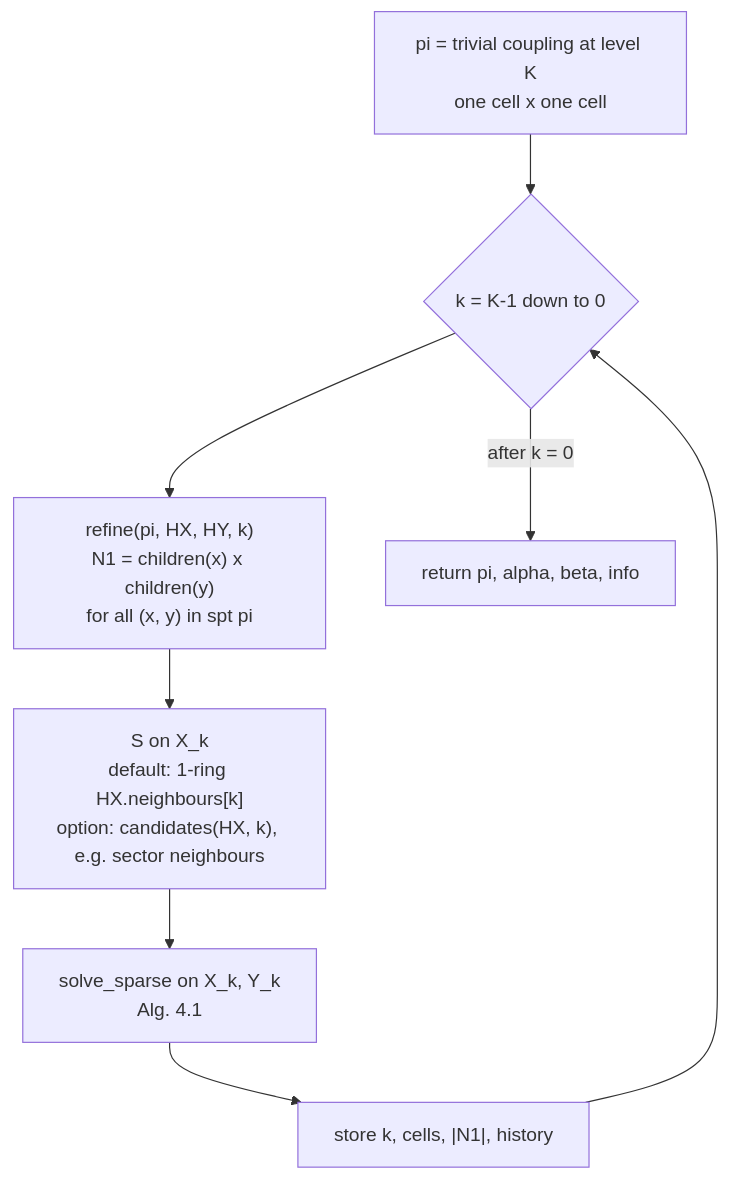
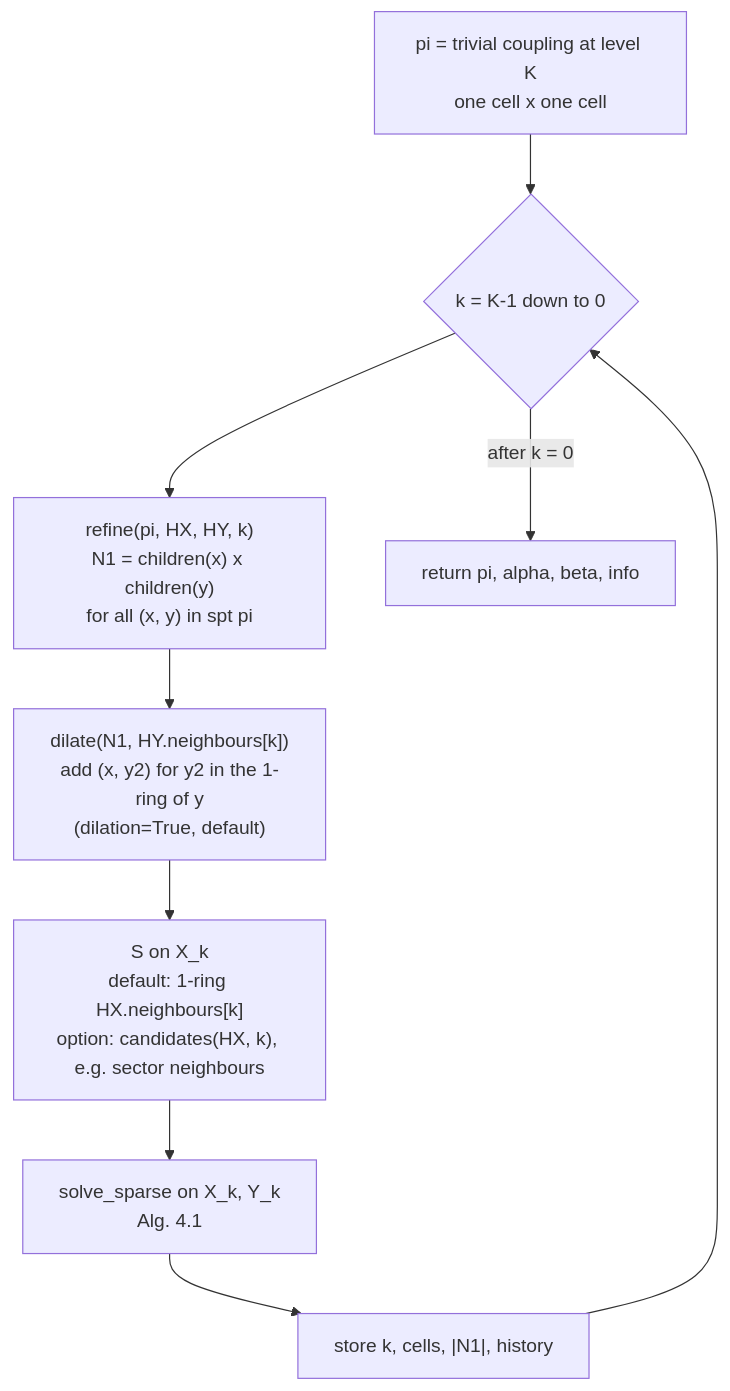
Before and after one commit to BenediktKaltenbach/multiscale_dicrete_ot: the third of 8 diagrams in docs/flowchart.md, drawn with Mermaid. The commit also changed other lines of this file and 9 other files, not shown here.

````diff
--- a/docs/flowchart.md
+++ b/docs/flowchart.md
@@ -40,10 +40,11 @@
 ```mermaid
 flowchart TB
     A["pi = trivial coupling at level K<br/>one cell x one cell"] --> B{"k = K-1 down to 0"}
     B --> C["refine(pi, HX, HY, k)<br/>N1 = children(x) x children(y)<br/>for all (x, y) in spt pi"]
-    C --> D["S on X_k<br/>default: 1-ring HX.neighbours[k]<br/>option: candidates(HX, k), e.g. sector neighbours"]
+    C --> C2["dilate(N1, HY.neighbours[k])<br/>add (x, y2) for y2 in the 1-ring of y<br/>(dilation=True, default)"]
+    C2 --> D["S on X_k<br/>default: 1-ring HX.neighbours[k]<br/>option: candidates(HX, k), e.g. sector neighbours"]
     D --> E["solve_sparse on X_k, Y_k<br/>Alg. 4.1"]
     E --> F["store k, cells, |N1|, history"]
     F --> B
     B -- "after k = 0" --> G["return pi, alpha, beta, info"]
 ```
````
